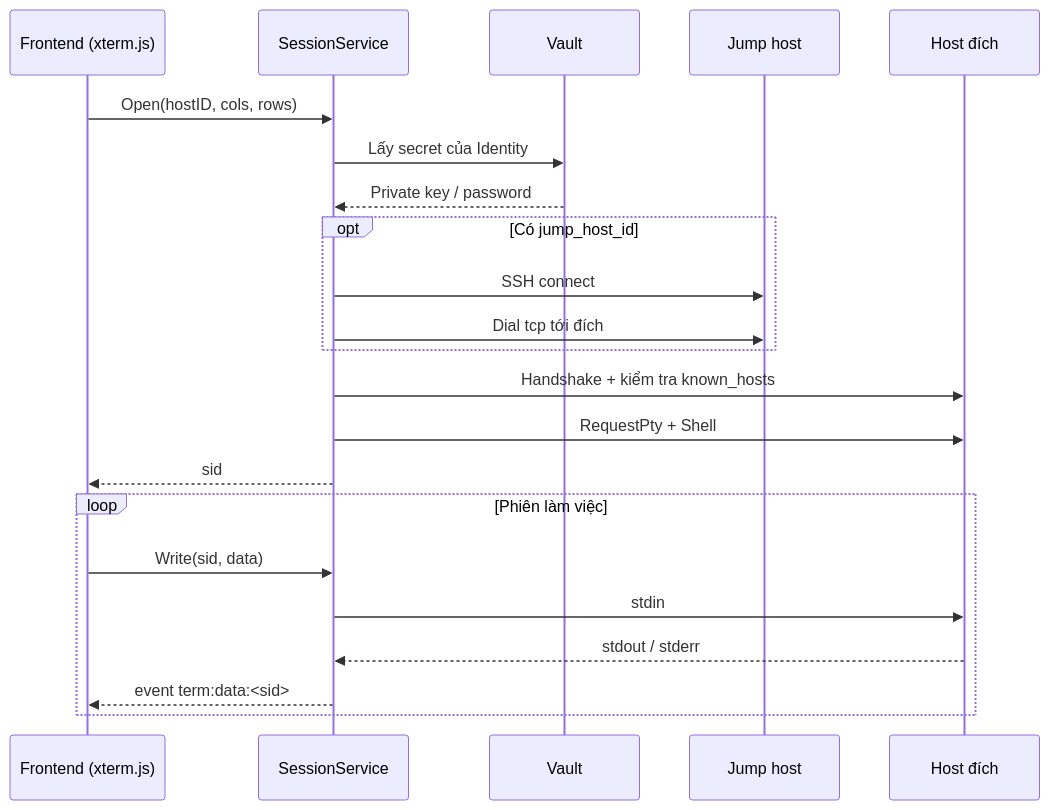
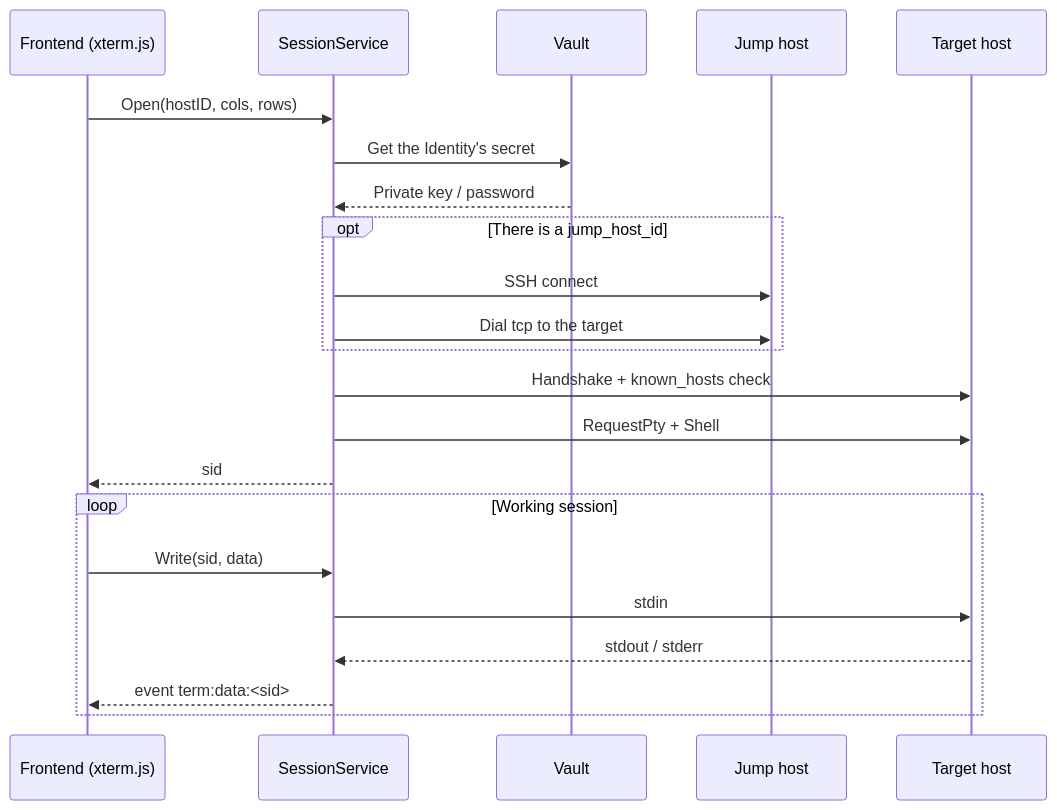
The second of 3 diagrams in docs/Architecture.md (vunguyenvu35/vvterm), drawn with Mermaid before and after one commit. The commit also changed other lines of this file, not shown here.

Commit message:
docs: translate the architecture design document into English

````diff
--- a/docs/Architecture.md
+++ b/docs/Architecture.md
@@ -205,25 +205,25 @@
 ```mermaid
 sequenceDiagram
     participant UI as Frontend (xterm.js)
     participant SS as SessionService
     participant VT as Vault
     participant J as Jump host
-    participant D as Host đích
+    participant D as Target host
 
     UI->>SS: Open(hostID, cols, rows)
-    SS->>VT: Lấy secret của Identity
+    SS->>VT: Get the Identity's secret
     VT-->>SS: Private key / password
-    opt Có jump_host_id
+    opt There is a jump_host_id
         SS->>J: SSH connect
-        SS->>J: Dial tcp tới đích
+        SS->>J: Dial tcp to the target
     end
-    SS->>D: Handshake + kiểm tra known_hosts
+    SS->>D: Handshake + known_hosts check
     SS->>D: RequestPty + Shell
     SS-->>UI: sid
-    loop Phiên làm việc
+    loop Working session
         UI->>SS: Write(sid, data)
         SS->>D: stdin
         D-->>SS: stdout / stderr
         SS-->>UI: event term:data:<sid>
     end
 ```
````
